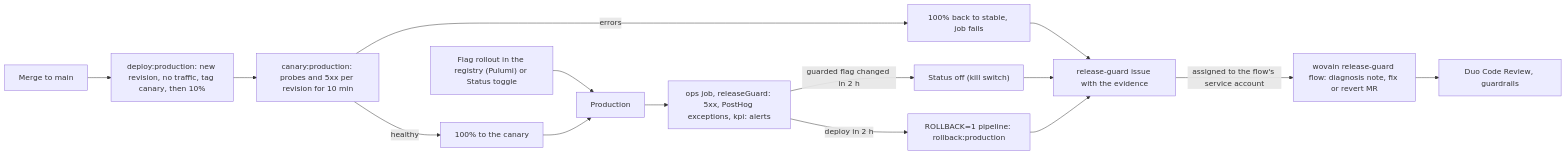
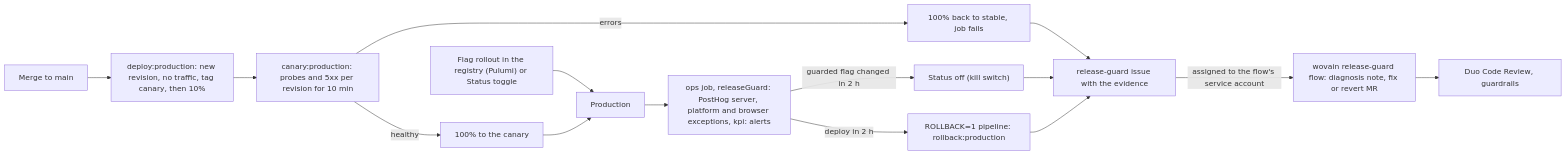
The fifth of 6 diagrams in docs/flows.md (sami-m-g/wovain), drawn with Mermaid before and after one commit. The commit also changed other lines of this file and 29 other files, not shown here.

````diff
--- a/docs/flows.md
+++ b/docs/flows.md
@@ -105,17 +120,17 @@
 ```mermaid
 flowchart LR
   merge["Merge to main"] --> deploy["deploy:production: new revision, no traffic, tag canary, then 10%"]
   deploy --> canary["canary:production: probes and 5xx per revision for 10 min"]
   canary -->|healthy| promote["100% to the canary"]
   canary -->|errors| back["100% back to stable, job fails"]
   back --> issue["release-guard issue with the evidence"]
   flag["Flag rollout in the registry (Pulumi) or Status toggle"] --> prod["Production"]
   promote --> prod
-  prod --> guard["ops job, releaseGuard: 5xx, PostHog exceptions, kpi: alerts"]
+  prod --> guard["ops job, releaseGuard: PostHog server, platform and browser exceptions, kpi: alerts"]
   guard -->|guarded flag changed in 2 h| off["Status off (kill switch)"]
   guard -->|deploy in 2 h| rollback["ROLLBACK=1 pipeline: rollback:production"]
   off --> issue
   rollback --> issue
   issue -->|"assigned to the flow's service account"| rg["wovain release-guard flow: diagnosis note, fix or revert MR"]
   rg --> shep["Duo Code Review, guardrails"]
 ```
````
